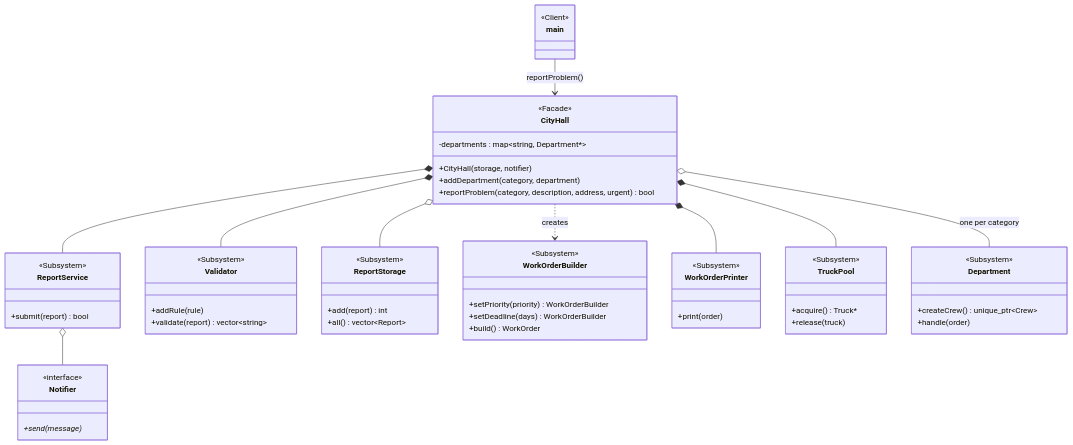
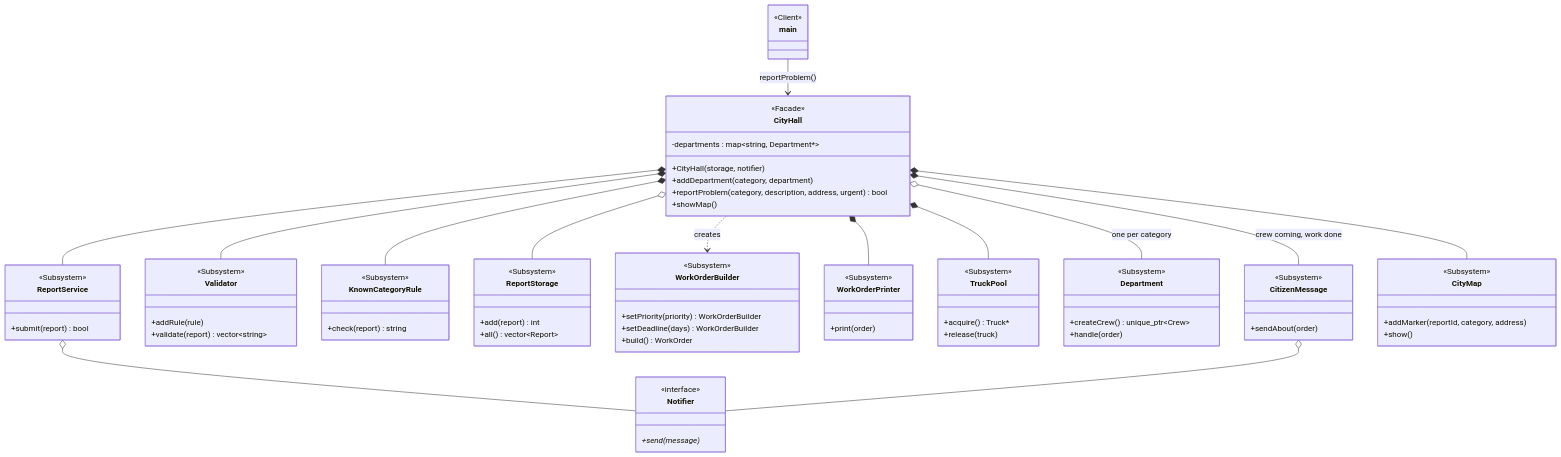
One commit to EftodeAndreiFAF242/TMPS changed the eighth of 8 diagrams in Lab3/REPORT.md. Above: the diagram before and after it, drawn with Mermaid. The commit also changed other lines of this file and 2 other files, not shown here.

First line of the commit message:
Write the report for all seven structural patterns

````diff
--- a/Lab3/REPORT.md
+++ b/Lab3/REPORT.md
@@ -308,60 +799,78 @@
 ```mermaid
 classDiagram
     class main {
         <<Client>>
     }
     class CityHall {
         <<Facade>>
         -departments : map~string, Department*~
         +CityHall(storage, notifier)
         +addDepartment(category, department)
         +reportProblem(category, description, address, urgent) bool
+        +showMap()
     }
     class ReportService {
         <<Subsystem>>
         +submit(report) bool
     }
     class Validator {
         <<Subsystem>>
         +addRule(rule)
         +validate(report) vector~string~
+    }
+    class KnownCategoryRule {
+        <<Subsystem>>
+        +check(report) string
     }
     class ReportStorage {
         <<Subsystem>>
         +add(report) int
         +all() vector~Report~
     }
     class WorkOrderBuilder {
         <<Subsystem>>
         +setPriority(priority) WorkOrderBuilder
         +setDeadline(days) WorkOrderBuilder
         +build() WorkOrder
     }
     class WorkOrderPrinter {
         <<Subsystem>>
         +print(order)
     }
     class TruckPool {
         <<Subsystem>>
         +acquire() Truck#42;
         +release(truck)
     }
     class Department {
         <<Subsystem>>
         +createCrew() unique_ptr~Crew~
         +handle(order)
     }
+    class CitizenMessage {
+        <<Subsystem>>
+        +sendAbout(order)
+    }
+    class CityMap {
+        <<Subsystem>>
+        +addMarker(reportId, category, address)
+        +show()
+    }
     class Notifier {
         <<interface>>
         +send(message)*
     }
     main --> CityHall : reportProblem()
     CityHall *-- Validator
+    CityHall *-- KnownCategoryRule
     CityHall *-- ReportService
     CityHall *-- WorkOrderPrinter
     CityHall *-- TruckPool
+    CityHall *-- CitizenMessage : crew coming, work done
+    CityHall *-- CityMap
     CityHall o-- ReportStorage
     CityHall o-- Department : one per category
     CityHall ..> WorkOrderBuilder : creates
     ReportService o-- Notifier
+    CitizenMessage o-- Notifier
 ```
````
